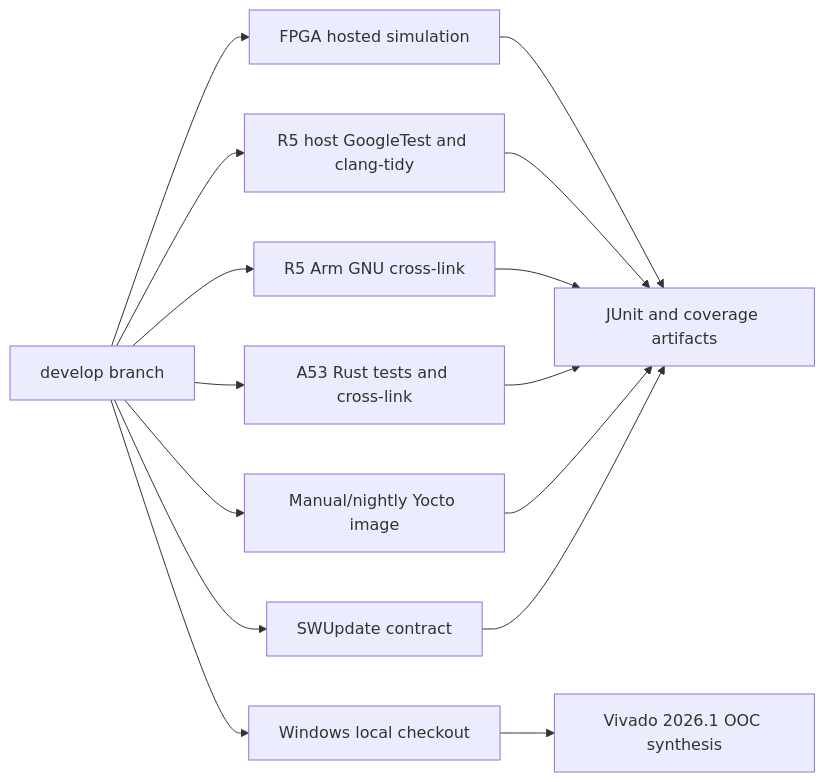
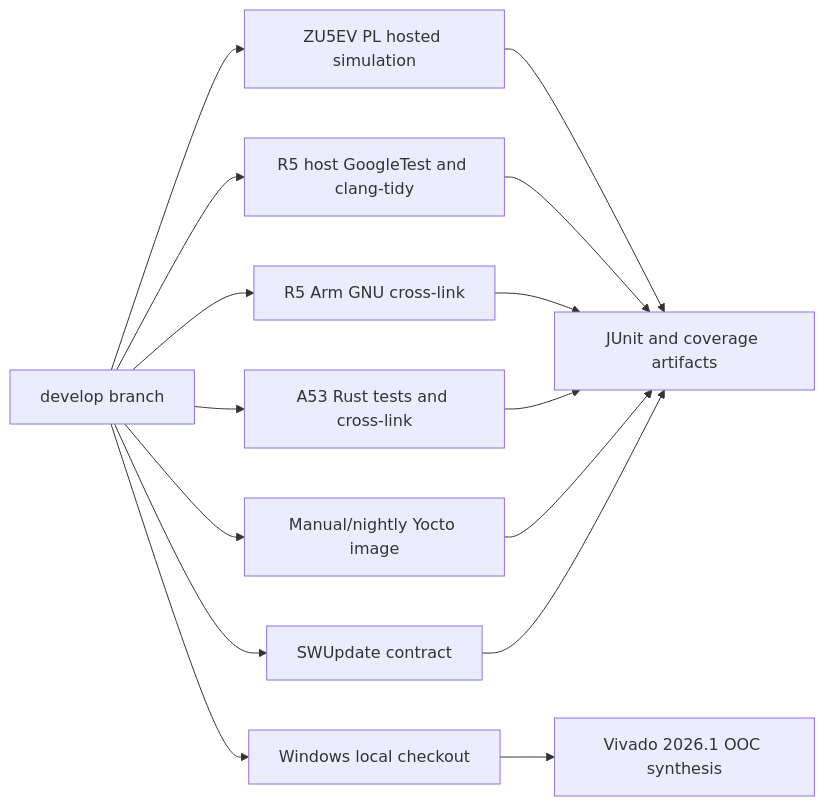
The diagram in docs/architecture/build-ci.md (ps-chong/hft-toy-project), drawn with Mermaid before and after one commit. The commit also changed other lines of this file and 37 other files, not shown here.

````diff
--- a/docs/architecture/build-ci.md
+++ b/docs/architecture/build-ci.md
@@ -5,17 +5,17 @@
 ```mermaid
 flowchart LR
-    Source["develop branch"] --> FPGA["FPGA hosted simulation"]
+    Source["develop branch"] --> FPGA["ZU5EV PL hosted simulation"]
     Source --> R5Host["R5 host GoogleTest and clang-tidy"]
     Source --> R5Cross["R5 Arm GNU cross-link"]
     Source --> Rust["A53 Rust tests and cross-link"]
     Source --> Yocto["Manual/nightly Yocto image"]
     Source --> SWU["SWUpdate contract"]
     Source --> Windows["Windows local checkout"]
     Windows --> Vivado["Vivado 2026.1 OOC synthesis"]
     FPGA --> Reports["JUnit and coverage artifacts"]
     R5Host --> Reports
     R5Cross --> Reports
     Rust --> Reports
     Yocto --> Reports
     SWU --> Reports
 ```
````
